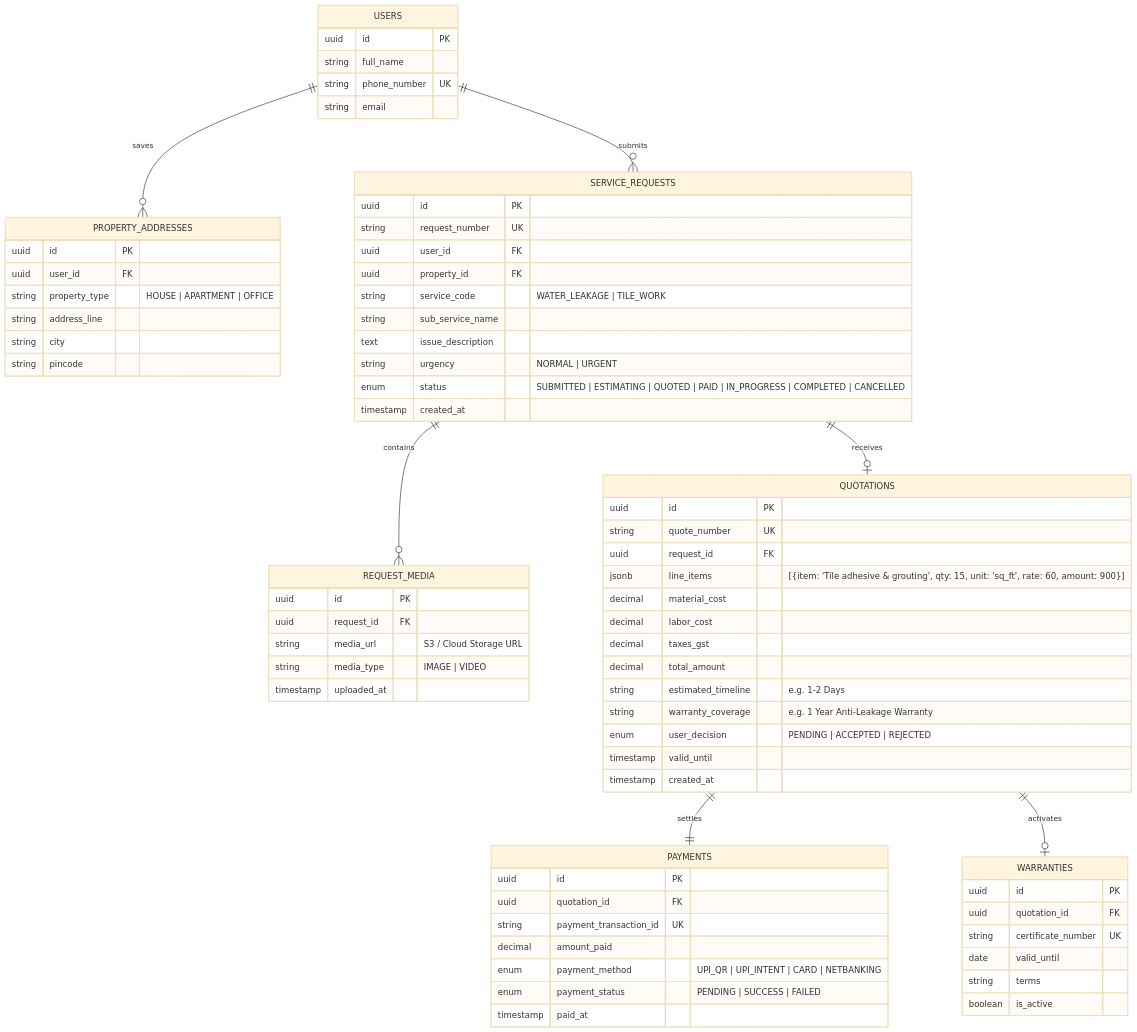
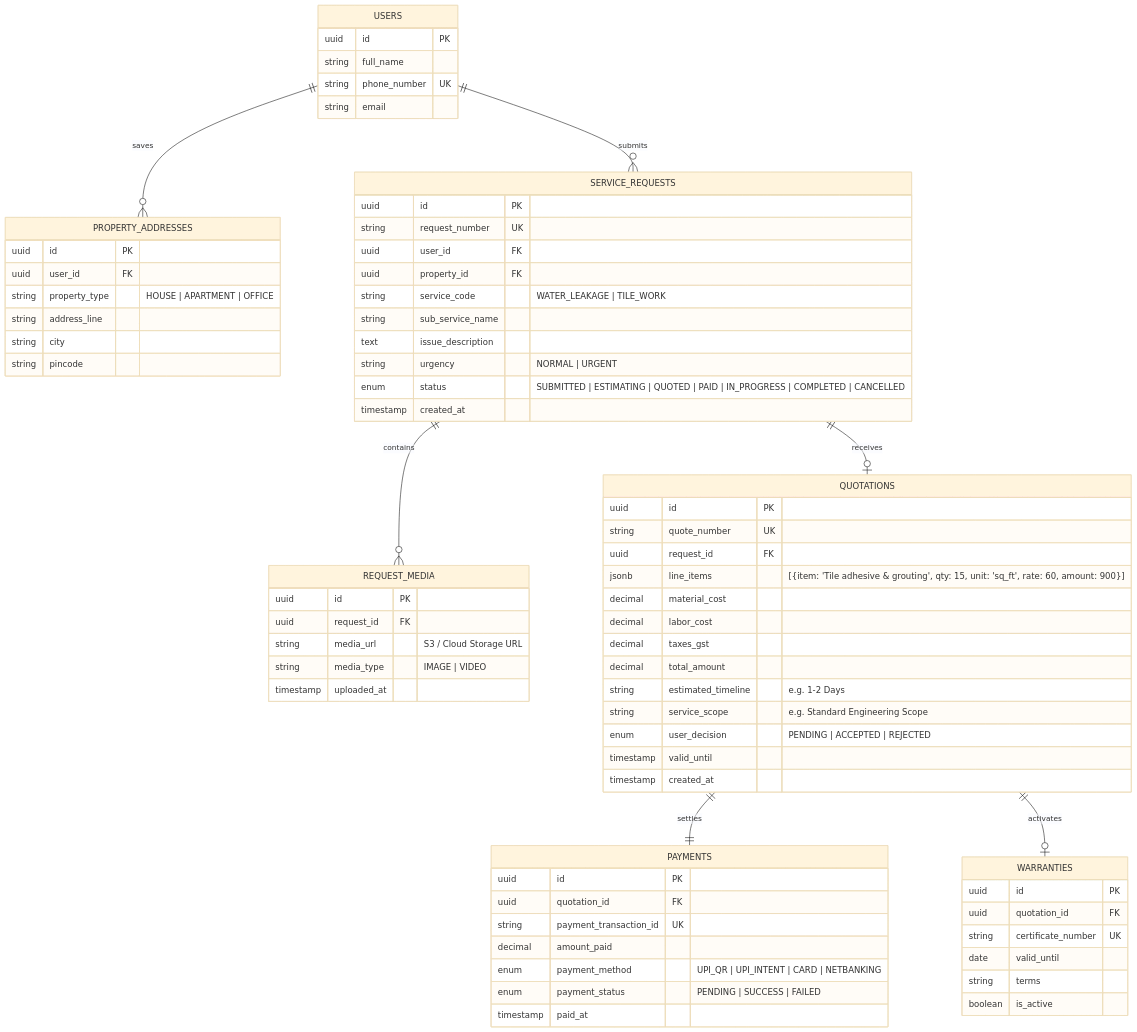
Before and after one commit to piyush1506/Hipro-app: the second of 2 diagrams in ARCHITECTURE.md, drawn with Mermaid (base theme). The commit also changed other lines of this file and 24 other files, not shown here.

````diff
--- a/ARCHITECTURE.md
+++ b/ARCHITECTURE.md
@@ -42,81 +42,81 @@
 ```mermaid
 erDiagram
     USERS ||--o{ PROPERTY_ADDRESSES : saves
     USERS ||--o{ SERVICE_REQUESTS : submits
     SERVICE_REQUESTS ||--o{ REQUEST_MEDIA : contains
     SERVICE_REQUESTS ||--o| QUOTATIONS : receives
     QUOTATIONS ||--|| PAYMENTS : settles
     QUOTATIONS ||--o| WARRANTIES : activates
 
     USERS {
         uuid id PK
         string full_name
         string phone_number UK
         string email
     }
 
     PROPERTY_ADDRESSES {
         uuid id PK
         uuid user_id FK
         string property_type "HOUSE | APARTMENT | OFFICE"
         string address_line
         string city
         string pincode
     }
 
     SERVICE_REQUESTS {
         uuid id PK
         string request_number UK
         uuid user_id FK
         uuid property_id FK
         string service_code "WATER_LEAKAGE | TILE_WORK"
         string sub_service_name
         text issue_description
         string urgency "NORMAL | URGENT"
         enum status "SUBMITTED | ESTIMATING | QUOTED | PAID | IN_PROGRESS | COMPLETED | CANCELLED"
         timestamp created_at
     }
 
     REQUEST_MEDIA {
         uuid id PK
         uuid request_id FK
         string media_url "S3 / Cloud Storage URL"
         string media_type "IMAGE | VIDEO"
         timestamp uploaded_at
     }
 
     QUOTATIONS {
         uuid id PK
         string quote_number UK
         uuid request_id FK
         jsonb line_items "[{item: 'Tile adhesive & grouting', qty: 15, unit: 'sq_ft', rate: 60, amount: 900}]"
         decimal material_cost
         decimal labor_cost
         decimal taxes_gst
         decimal total_amount
         string estimated_timeline "e.g. 1-2 Days"
-        string warranty_coverage "e.g. 1 Year Anti-Leakage Warranty"
+        string service_scope "e.g. Standard Engineering Scope"
         enum user_decision "PENDING | ACCEPTED | REJECTED"
         timestamp valid_until
         timestamp created_at
     }
 
     PAYMENTS {
         uuid id PK
         uuid quotation_id FK
         string payment_transaction_id UK
         decimal amount_paid
         enum payment_method "UPI_QR | UPI_INTENT | CARD | NETBANKING"
         enum payment_status "PENDING | SUCCESS | FAILED"
         timestamp paid_at
     }
 
     WARRANTIES {
         uuid id PK
         uuid quotation_id FK
         string certificate_number UK
         date valid_until
         string terms
         boolean is_active
     }
 ```
````
